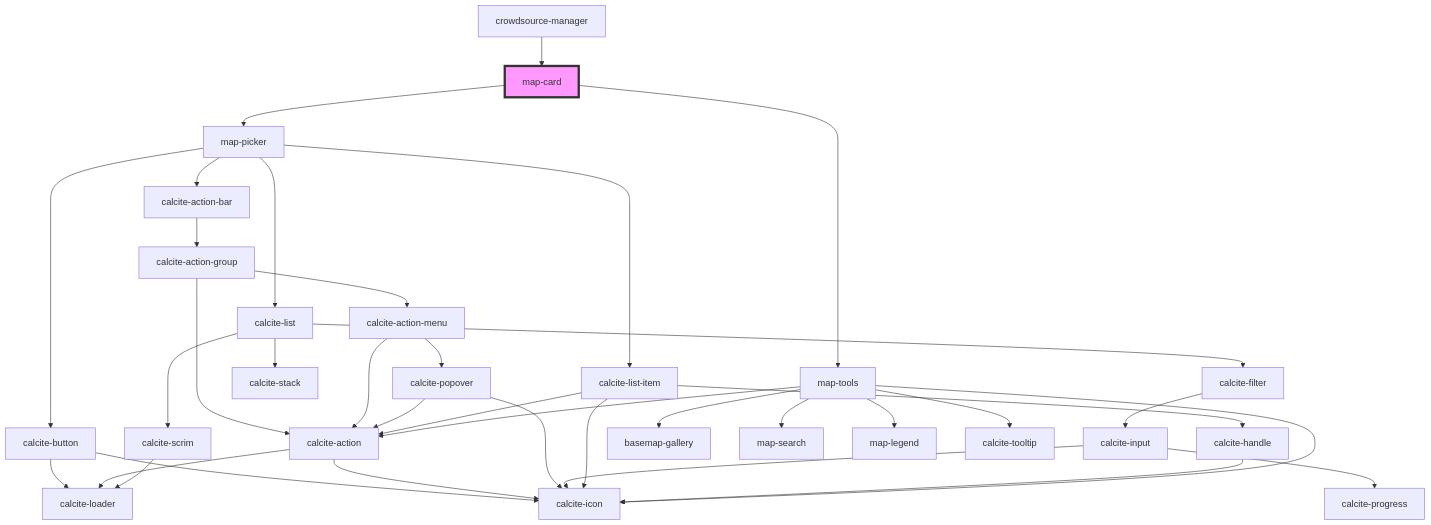
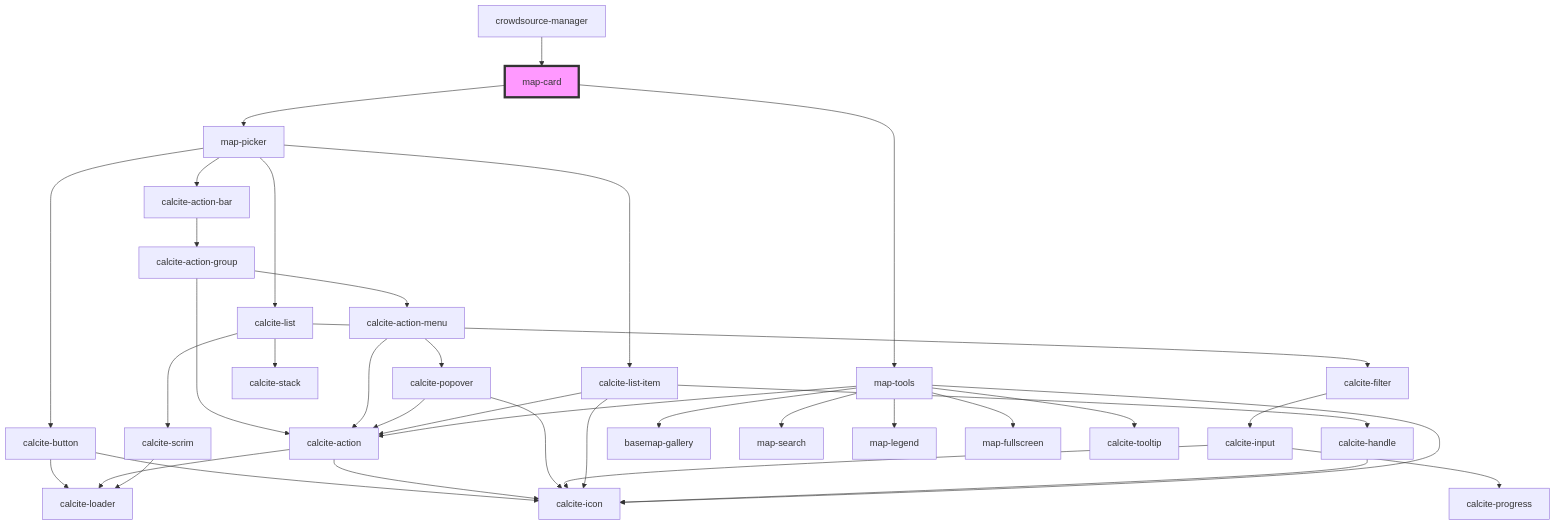
One commit to Esri/solutions-components changed the diagram in src/components/map-card/readme.md. Above: the diagram before and after it, drawn with Mermaid. The commit also changed 12 other files, not shown here.

````diff
--- a/src/components/map-card/readme.md
+++ b/src/components/map-card/readme.md
@@ -35,39 +35,40 @@
 ```mermaid
 graph TD;
   map-card --> map-picker
   map-card --> map-tools
   map-picker --> calcite-button
   map-picker --> calcite-action-bar
   map-picker --> calcite-list
   map-picker --> calcite-list-item
   calcite-button --> calcite-loader
   calcite-button --> calcite-icon
   calcite-action-bar --> calcite-action-group
   calcite-action-group --> calcite-action-menu
   calcite-action-group --> calcite-action
   calcite-action-menu --> calcite-action
   calcite-action-menu --> calcite-popover
   calcite-action --> calcite-loader
   calcite-action --> calcite-icon
   calcite-popover --> calcite-action
   calcite-popover --> calcite-icon
   calcite-list --> calcite-scrim
   calcite-list --> calcite-stack
   calcite-list --> calcite-filter
   calcite-scrim --> calcite-loader
   calcite-filter --> calcite-input
   calcite-input --> calcite-progress
   calcite-input --> calcite-icon
   calcite-list-item --> calcite-icon
   calcite-list-item --> calcite-handle
   calcite-list-item --> calcite-action
   calcite-handle --> calcite-icon
   map-tools --> basemap-gallery
   map-tools --> map-search
   map-tools --> map-legend
+  map-tools --> map-fullscreen
   map-tools --> calcite-action
   map-tools --> calcite-icon
   map-tools --> calcite-tooltip
   crowdsource-manager --> map-card
   style map-card fill:#f9f,stroke:#333,stroke-width:4px
 ```
````
